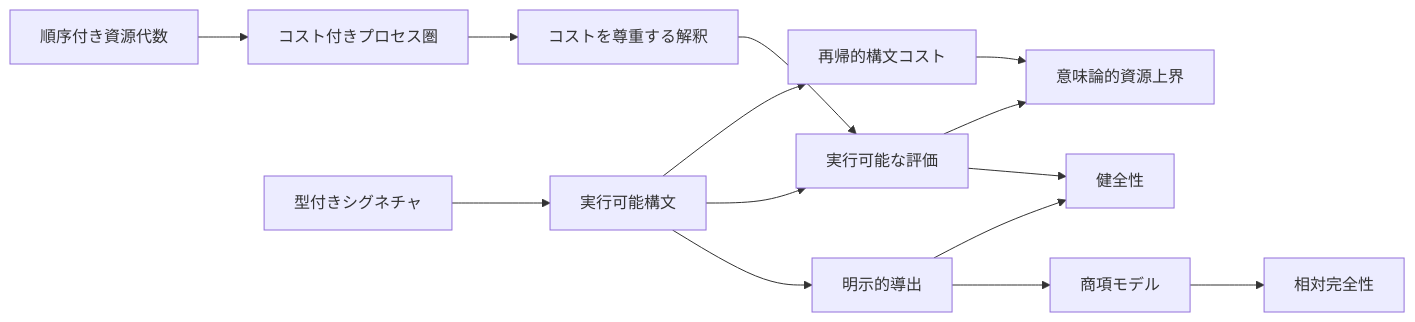
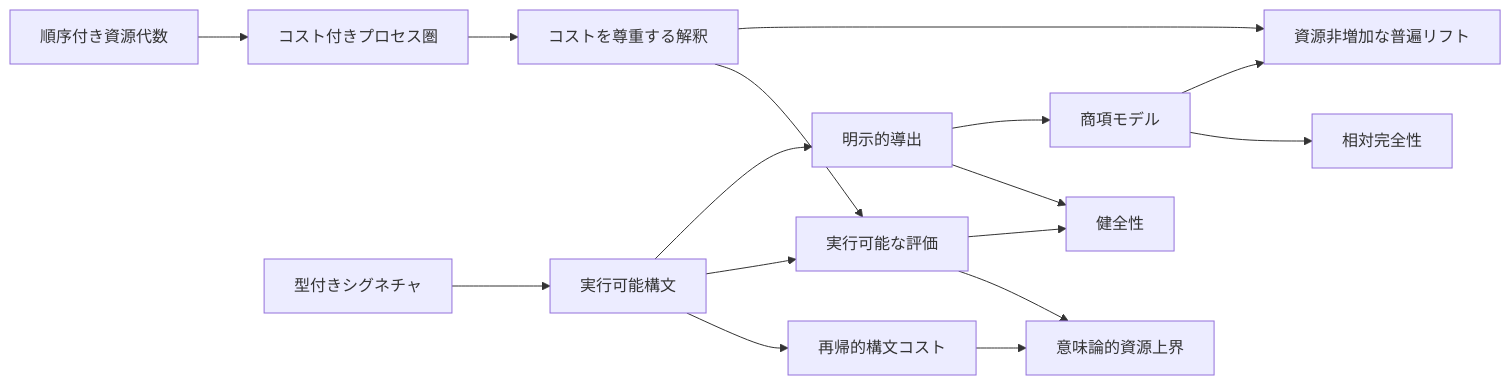
One commit to miuchan/ript changed the diagram in docs/README.ja.md. Above: the diagram before and after it, drawn with Mermaid. The commit also changed other lines of this file and 10 other files, not shown here.

````diff
--- a/docs/README.ja.md
+++ b/docs/README.ja.md
@@ -191,16 +196,18 @@
 ```mermaid
 flowchart LR
   R["順序付き資源代数"] --> C["コスト付きプロセス圏"]
   S["型付きシグネチャ"] --> X["実行可能構文"]
   X --> K["再帰的構文コスト"]
   C --> I["コストを尊重する解釈"]
   X --> E["実行可能な評価"]
   I --> E
   K --> B["意味論的資源上界"]
   E --> B
   X --> D["明示的導出"]
   D --> SO["健全性"]
   E --> SO
   D --> T["商項モデル"]
   T --> CO["相対完全性"]
+  I --> U["資源非増加な普遍リフト"]
+  T --> U
 ```
````
